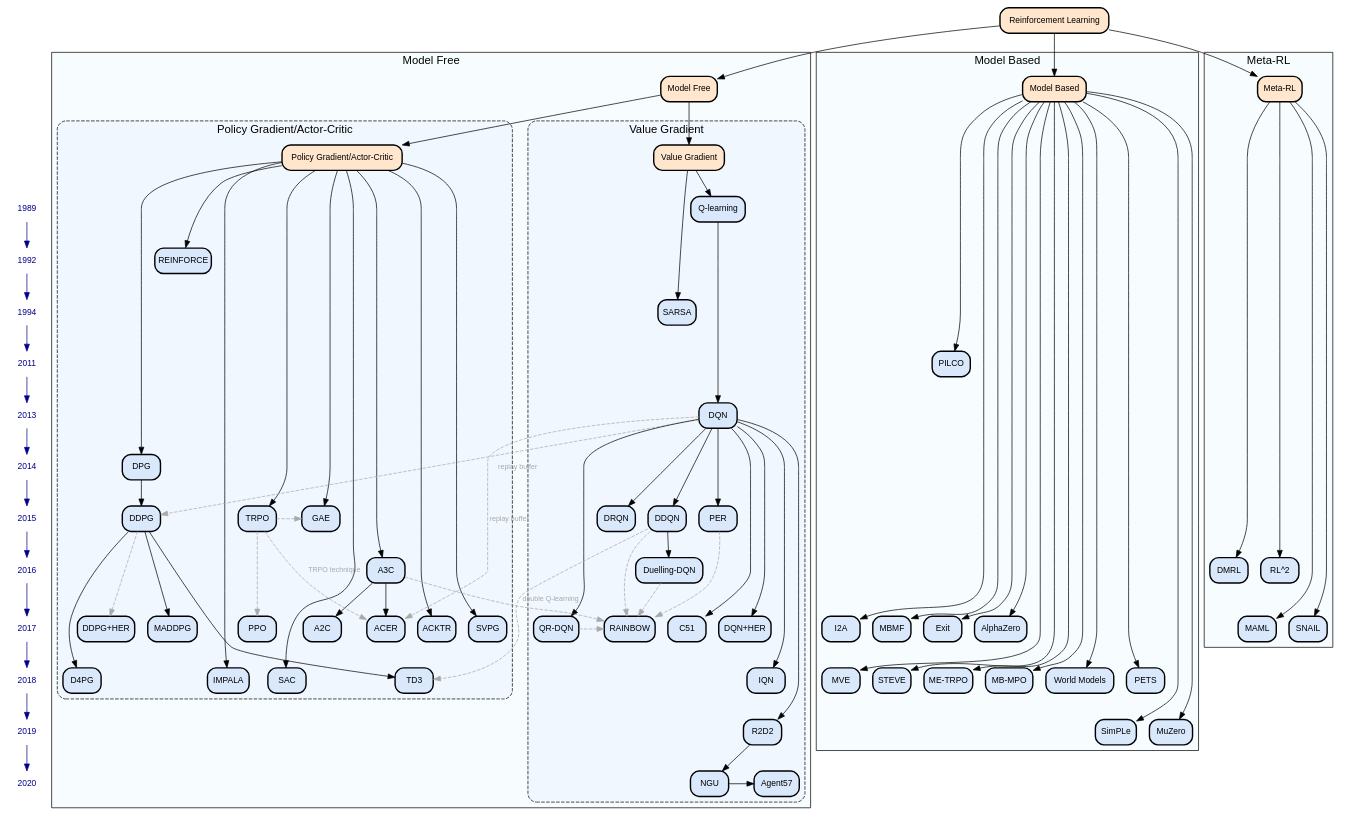
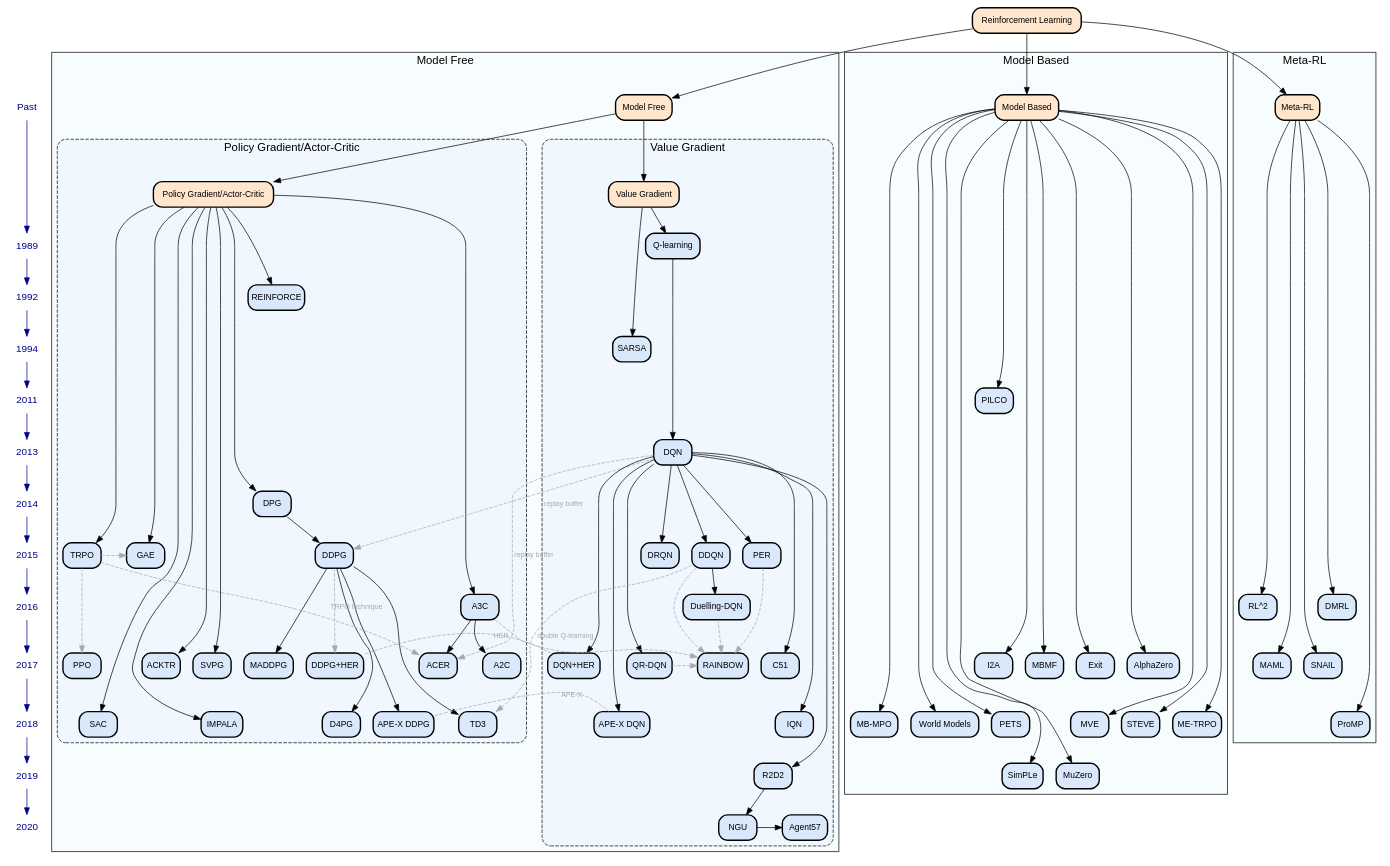
One commit to bennylp/RL-Taxonomy changed the diagram in rl-taxonomy.gv. Above: the diagram before and after it, drawn with Graphviz. The commit also changed 3 other files, not shown here.

```diff
--- a/rl-taxonomy.gv
+++ b/rl-taxonomy.gv
@@ -3,18 +3,20 @@
 	rankdir=TB
 	newrank=true
 	subgraph timeline {
-		1989 [fontcolor=darkblue fontname="sans-serif" fontsize=12 group=timeline shape=plaintext]
-		1992 [fontcolor=darkblue fontname="sans-serif" fontsize=12 group=timeline shape=plaintext]
-		1994 [fontcolor=darkblue fontname="sans-serif" fontsize=12 group=timeline shape=plaintext]
-		2011 [fontcolor=darkblue fontname="sans-serif" fontsize=12 group=timeline shape=plaintext]
-		2013 [fontcolor=darkblue fontname="sans-serif" fontsize=12 group=timeline shape=plaintext]
-		2014 [fontcolor=darkblue fontname="sans-serif" fontsize=12 group=timeline shape=plaintext]
-		2015 [fontcolor=darkblue fontname="sans-serif" fontsize=12 group=timeline shape=plaintext]
-		2016 [fontcolor=darkblue fontname="sans-serif" fontsize=12 group=timeline shape=plaintext]
-		2017 [fontcolor=darkblue fontname="sans-serif" fontsize=12 group=timeline shape=plaintext]
-		2018 [fontcolor=darkblue fontname="sans-serif" fontsize=12 group=timeline shape=plaintext]
-		2019 [fontcolor=darkblue fontname="sans-serif" fontsize=12 group=timeline shape=plaintext]
-		2020 [fontcolor=darkblue fontname="sans-serif" fontsize=12 group=timeline shape=plaintext]
+		Past [fontcolor=darkblue fontname="sans-serif" fontsize=14 group=timeline shape=plaintext]
+		1989 [fontcolor=darkblue fontname="sans-serif" fontsize=14 group=timeline shape=plaintext]
+		1992 [fontcolor=darkblue fontname="sans-serif" fontsize=14 group=timeline shape=plaintext]
+		1994 [fontcolor=darkblue fontname="sans-serif" fontsize=14 group=timeline shape=plaintext]
+		2011 [fontcolor=darkblue fontname="sans-serif" fontsize=14 group=timeline shape=plaintext]
+		2013 [fontcolor=darkblue fontname="sans-serif" fontsize=14 group=timeline shape=plaintext]
+		2014 [fontcolor=darkblue fontname="sans-serif" fontsize=14 group=timeline shape=plaintext]
+		2015 [fontcolor=darkblue fontname="sans-serif" fontsize=14 group=timeline shape=plaintext]
+		2016 [fontcolor=darkblue fontname="sans-serif" fontsize=14 group=timeline shape=plaintext]
+		2017 [fontcolor=darkblue fontname="sans-serif" fontsize=14 group=timeline shape=plaintext]
+		2018 [fontcolor=darkblue fontname="sans-serif" fontsize=14 group=timeline shape=plaintext]
+		2019 [fontcolor=darkblue fontname="sans-serif" fontsize=14 group=timeline shape=plaintext]
+		2020 [fontcolor=darkblue fontname="sans-serif" fontsize=14 group=timeline shape=plaintext]
+		Past -> 1989 [color=darkblue]
 		1989 -> 1992 [color=darkblue]
 		1992 -> 1994 [color=darkblue]
 		1994 -> 2011 [color=darkblue]
@@ -33,6 +35,8 @@
 	DQN -> DDPG [label="replay buffer" color=darkgray constraint=false fontcolor=darkgray fontname="sans-serif" fontsize=10 style=dashed]
 	DQN -> ACER [label="replay buffer" color=darkgray fontcolor=darkgray fontname="sans-serif" fontsize=10 style=dashed]
 	DDQN -> TD3 [label="double Q-learning" color=darkgray fontcolor=darkgray fontname="sans-serif" fontsize=10 style=dashed]
+	"DQN+HER" -> "DDPG+HER" [label=HER arrowhead=none color=darkgray constraint=false fontcolor=darkgray fontname="sans-serif" fontsize=10 style=dashed]
+	"APE-X DQN" -> "APE-X DDPG" [label="APE-X" arrowhead=none color=darkgray constraint=false fontcolor=darkgray fontname="sans-serif" fontsize=10 style=dashed]
 	A3C -> RAINBOW [color=darkgray fontcolor=darkgray fontname="sans-serif" fontsize=10 style=dashed]
 	subgraph "clusterModel Free" {
 		label="Model Free"
@@ -61,6 +65,7 @@
 			DQN -> C51 [fontcolor=black fontname="sans-serif" fontsize=10]
 			DQN -> "DQN+HER" [fontcolor=black fontname="sans-serif" fontsize=10]
 			DQN -> IQN [fontcolor=black fontname="sans-serif" fontsize=10]
+			DQN -> "APE-X DQN" [fontcolor=black fontname="sans-serif" fontsize=10]
 			DQN -> R2D2 [fontcolor=black fontname="sans-serif" fontsize=10]
 			DRQN [label=DRQN fillcolor="#dae8fc" fontname="sans-serif" fontsize=12 shape=box style="rounded,bold,filled"]
 			DDQN [label=DDQN fillcolor="#dae8fc" fontname="sans-serif" fontsize=12 shape=box style="rounded,bold,filled"]
@@ -76,6 +81,7 @@
 			RAINBOW [label=RAINBOW fillcolor="#dae8fc" fontname="sans-serif" fontsize=12 shape=box style="rounded,bold,filled"]
 			"DQN+HER" [label="DQN+HER" fillcolor="#dae8fc" fontname="sans-serif" fontsize=12 shape=box style="rounded,bold,filled"]
 			IQN [label=IQN fillcolor="#dae8fc" fontname="sans-serif" fontsize=12 shape=box style="rounded,bold,filled"]
+			"APE-X DQN" [label="APE-X DQN" fillcolor="#dae8fc" fontname="sans-serif" fontsize=12 shape=box style="rounded,bold,filled"]
 			R2D2 [label=R2D2 fillcolor="#dae8fc" fontname="sans-serif" fontsize=12 shape=box style="rounded,bold,filled"]
 			R2D2 -> NGU [fontcolor=black fontname="sans-serif" fontsize=10]
 			NGU [label=NGU fillcolor="#dae8fc" fontname="sans-serif" fontsize=12 shape=box style="rounded,bold,filled"]
@@ -105,6 +111,7 @@
 			DDPG -> "DDPG+HER" [color=darkgray fontcolor=darkgray fontname="sans-serif" fontsize=10 style=dashed]
 			DDPG -> MADDPG [fontcolor=black fontname="sans-serif" fontsize=10]
 			DDPG -> D4PG [fontcolor=black fontname="sans-serif" fontsize=10]
+			DDPG -> "APE-X DDPG" [fontcolor=black fontname="sans-serif" fontsize=10]
 			DDPG -> TD3 [fontcolor=black fontname="sans-serif" fontsize=10]
 			TRPO [label=TRPO fillcolor="#dae8fc" fontname="sans-serif" fontsize=12 shape=box style="rounded,bold,filled"]
 			TRPO -> GAE [color=darkgray fontcolor=darkgray fontname="sans-serif" fontsize=10 style=dashed]
@@ -127,6 +134,7 @@
 			PPO -> SAC [fontcolor=black fontname="sans-serif" fontsize=10 style=invis]
 			SVPG [label=SVPG fillcolor="#dae8fc" fontname="sans-serif" fontsize=12 shape=box style="rounded,bold,filled"]
 			D4PG [label=D4PG fillcolor="#dae8fc" fontname="sans-serif" fontsize=12 shape=box style="rounded,bold,filled"]
+			"APE-X DDPG" [label="APE-X DDPG" fillcolor="#dae8fc" fontname="sans-serif" fontsize=12 shape=box style="rounded,bold,filled"]
 			SAC [label=SAC fillcolor="#dae8fc" fontname="sans-serif" fontsize=12 shape=box style="rounded,bold,filled"]
 			TD3 [label=TD3 fillcolor="#dae8fc" fontname="sans-serif" fontsize=12 shape=box style="rounded,bold,filled"]
 			IMPALA [label=IMPALA fillcolor="#dae8fc" fontname="sans-serif" fontsize=12 shape=box style="rounded,bold,filled"]
@@ -177,10 +185,12 @@
 		"Meta-RL" -> "RL^2" [fontcolor=black fontname="sans-serif" fontsize=10 style=solid]
 		"Meta-RL" -> MAML [fontcolor=black fontname="sans-serif" fontsize=10 style=solid]
 		"Meta-RL" -> SNAIL [fontcolor=black fontname="sans-serif" fontsize=10 style=solid]
+		"Meta-RL" -> ProMP [fontcolor=black fontname="sans-serif" fontsize=10 style=solid]
 		DMRL [label=DMRL fillcolor="#dae8fc" fontname="sans-serif" fontsize=12 shape=box style="rounded,bold,filled"]
 		"RL^2" [label="RL^2" fillcolor="#dae8fc" fontname="sans-serif" fontsize=12 shape=box style="rounded,bold,filled"]
 		MAML [label=MAML fillcolor="#dae8fc" fontname="sans-serif" fontsize=12 shape=box style="rounded,bold,filled"]
 		SNAIL [label=SNAIL fillcolor="#dae8fc" fontname="sans-serif" fontsize=12 shape=box style="rounded,bold,filled"]
+		ProMP [label=ProMP fillcolor="#dae8fc" fontname="sans-serif" fontsize=12 shape=box style="rounded,bold,filled"]
 	}
 	"Reinforcement Learning" -> "Model Free" [fontcolor=black fontname="sans-serif" fontsize=10]
 	"Reinforcement Learning" -> "Model Based" [fontcolor=black fontname="sans-serif" fontsize=10]
@@ -258,7 +268,9 @@
 		rank=same
 		2018
 		IQN
+		"APE-X DQN"
 		D4PG
+		"APE-X DDPG"
 		SAC
 		TD3
 		IMPALA
@@ -268,6 +280,7 @@
 		"MB-MPO"
 		"World Models"
 		PETS
+		ProMP
 	}
 	{
 		rank=same
@@ -284,6 +297,7 @@
 	}
 	{
 		rank=same
+		Past
 		"Model Free"
 		"Model Based"
 		"Meta-RL"
```
